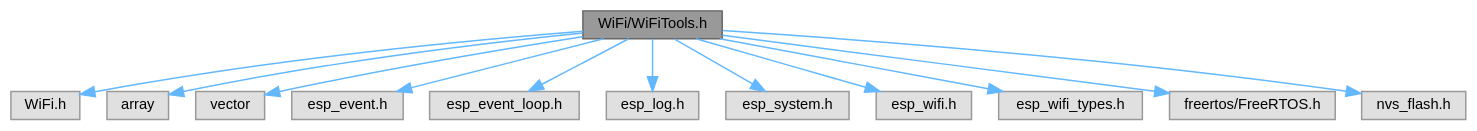
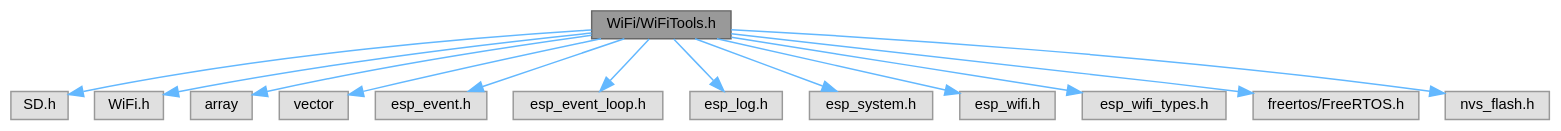
The diagram in WiFi_2WiFiTools_8h__incl.dot (Jonathan-0101/skeletonKey), drawn with Graphviz before and after one commit. The commit also changed 9 other files, not shown here.

```diff
--- a/WiFi_2WiFiTools_8h__incl.dot
+++ b/WiFi_2WiFiTools_8h__incl.dot
@@ -1,30 +1,32 @@
 digraph "WiFi/WiFiTools.h"
 {
  // LATEX_PDF_SIZE
   bgcolor="transparent";
   edge [fontname=Helvetica,fontsize=10,labelfontname=Helvetica,labelfontsize=10];
   node [fontname=Helvetica,fontsize=10,shape=box,height=0.2,width=0.4];
   Node1 [id="Node000001",label="WiFi/WiFiTools.h",height=0.2,width=0.4,color="gray40", fillcolor="grey60", style="filled", fontcolor="black",tooltip="Library for Wi-Fi attack tools."];
   Node1 -> Node2 [id="edge1_Node000001_Node000002",color="steelblue1",style="solid",tooltip=" "];
-  Node2 [id="Node000002",label="WiFi.h",height=0.2,width=0.4,color="grey60", fillcolor="#E0E0E0", style="filled",tooltip=" "];
+  Node2 [id="Node000002",label="SD.h",height=0.2,width=0.4,color="grey60", fillcolor="#E0E0E0", style="filled",tooltip=" "];
   Node1 -> Node3 [id="edge2_Node000001_Node000003",color="steelblue1",style="solid",tooltip=" "];
-  Node3 [id="Node000003",label="array",height=0.2,width=0.4,color="grey60", fillcolor="#E0E0E0", style="filled",tooltip=" "];
+  Node3 [id="Node000003",label="WiFi.h",height=0.2,width=0.4,color="grey60", fillcolor="#E0E0E0", style="filled",tooltip=" "];
   Node1 -> Node4 [id="edge3_Node000001_Node000004",color="steelblue1",style="solid",tooltip=" "];
-  Node4 [id="Node000004",label="vector",height=0.2,width=0.4,color="grey60", fillcolor="#E0E0E0", style="filled",tooltip=" "];
+  Node4 [id="Node000004",label="array",height=0.2,width=0.4,color="grey60", fillcolor="#E0E0E0", style="filled",tooltip=" "];
   Node1 -> Node5 [id="edge4_Node000001_Node000005",color="steelblue1",style="solid",tooltip=" "];
-  Node5 [id="Node000005",label="esp_event.h",height=0.2,width=0.4,color="grey60", fillcolor="#E0E0E0", style="filled",tooltip=" "];
+  Node5 [id="Node000005",label="vector",height=0.2,width=0.4,color="grey60", fillcolor="#E0E0E0", style="filled",tooltip=" "];
   Node1 -> Node6 [id="edge5_Node000001_Node000006",color="steelblue1",style="solid",tooltip=" "];
-  Node6 [id="Node000006",label="esp_event_loop.h",height=0.2,width=0.4,color="grey60", fillcolor="#E0E0E0", style="filled",tooltip=" "];
+  Node6 [id="Node000006",label="esp_event.h",height=0.2,width=0.4,color="grey60", fillcolor="#E0E0E0", style="filled",tooltip=" "];
   Node1 -> Node7 [id="edge6_Node000001_Node000007",color="steelblue1",style="solid",tooltip=" "];
-  Node7 [id="Node000007",label="esp_log.h",height=0.2,width=0.4,color="grey60", fillcolor="#E0E0E0", style="filled",tooltip=" "];
+  Node7 [id="Node000007",label="esp_event_loop.h",height=0.2,width=0.4,color="grey60", fillcolor="#E0E0E0", style="filled",tooltip=" "];
   Node1 -> Node8 [id="edge7_Node000001_Node000008",color="steelblue1",style="solid",tooltip=" "];
-  Node8 [id="Node000008",label="esp_system.h",height=0.2,width=0.4,color="grey60", fillcolor="#E0E0E0", style="filled",tooltip=" "];
+  Node8 [id="Node000008",label="esp_log.h",height=0.2,width=0.4,color="grey60", fillcolor="#E0E0E0", style="filled",tooltip=" "];
   Node1 -> Node9 [id="edge8_Node000001_Node000009",color="steelblue1",style="solid",tooltip=" "];
-  Node9 [id="Node000009",label="esp_wifi.h",height=0.2,width=0.4,color="grey60", fillcolor="#E0E0E0", style="filled",tooltip=" "];
+  Node9 [id="Node000009",label="esp_system.h",height=0.2,width=0.4,color="grey60", fillcolor="#E0E0E0", style="filled",tooltip=" "];
   Node1 -> Node10 [id="edge9_Node000001_Node000010",color="steelblue1",style="solid",tooltip=" "];
-  Node10 [id="Node000010",label="esp_wifi_types.h",height=0.2,width=0.4,color="grey60", fillcolor="#E0E0E0", style="filled",tooltip=" "];
+  Node10 [id="Node000010",label="esp_wifi.h",height=0.2,width=0.4,color="grey60", fillcolor="#E0E0E0", style="filled",tooltip=" "];
   Node1 -> Node11 [id="edge10_Node000001_Node000011",color="steelblue1",style="solid",tooltip=" "];
-  Node11 [id="Node000011",label="freertos/FreeRTOS.h",height=0.2,width=0.4,color="grey60", fillcolor="#E0E0E0", style="filled",tooltip=" "];
+  Node11 [id="Node000011",label="esp_wifi_types.h",height=0.2,width=0.4,color="grey60", fillcolor="#E0E0E0", style="filled",tooltip=" "];
   Node1 -> Node12 [id="edge11_Node000001_Node000012",color="steelblue1",style="solid",tooltip=" "];
-  Node12 [id="Node000012",label="nvs_flash.h",height=0.2,width=0.4,color="grey60", fillcolor="#E0E0E0", style="filled",tooltip=" "];
+  Node12 [id="Node000012",label="freertos/FreeRTOS.h",height=0.2,width=0.4,color="grey60", fillcolor="#E0E0E0", style="filled",tooltip=" "];
+  Node1 -> Node13 [id="edge12_Node000001_Node000013",color="steelblue1",style="solid",tooltip=" "];
+  Node13 [id="Node000013",label="nvs_flash.h",height=0.2,width=0.4,color="grey60", fillcolor="#E0E0E0", style="filled",tooltip=" "];
 }
```
